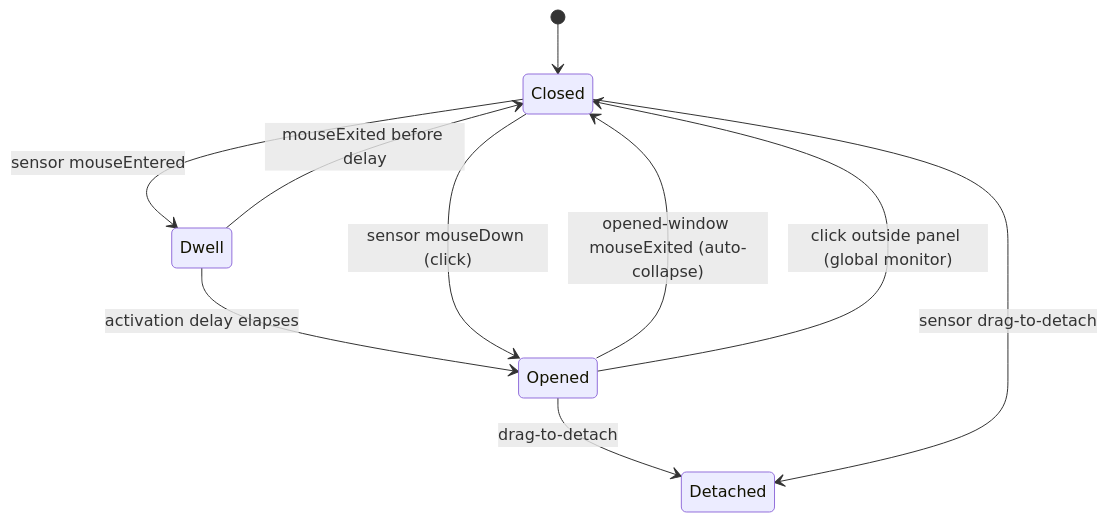
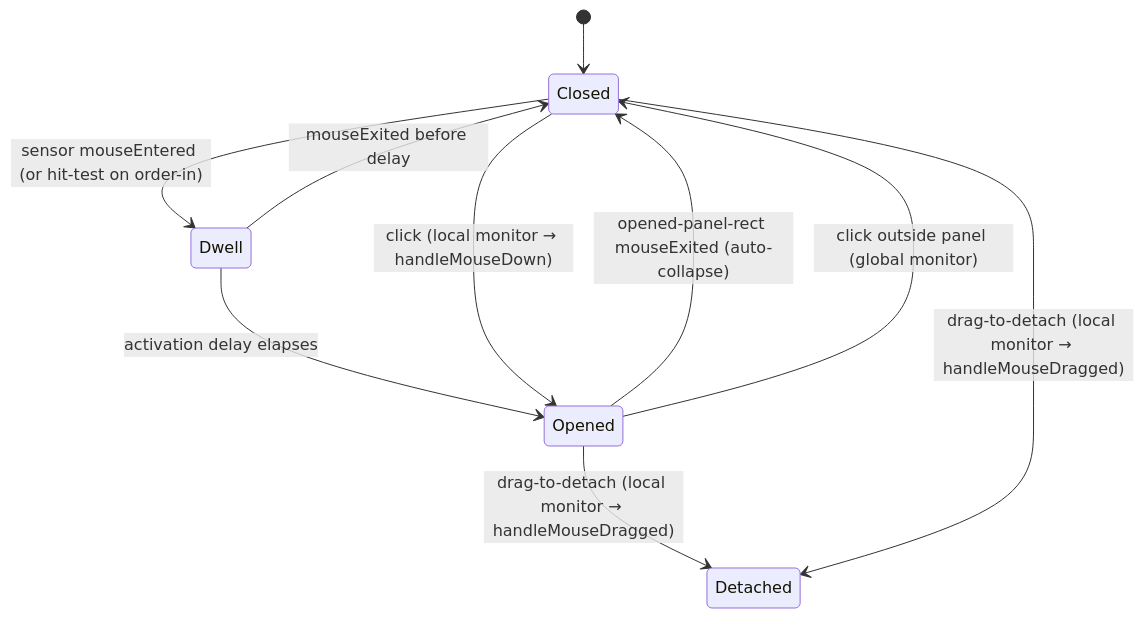
The second of 2 diagrams in docs/superpowers/specs/2026-07-03-notch-hover-sensor-design.md (hua86430/ping-island), drawn with Mermaid before and after one commit. The commit also changed other lines of this file, not shown here.

Commit message:
docs: revise hover-sensor design per Fable 5 review (hover-only, panel-rect close)

````diff
--- a/docs/superpowers/specs/2026-07-03-notch-hover-sensor-design.md
+++ b/docs/superpowers/specs/2026-07-03-notch-hover-sensor-design.md
@@ -82,12 +94,12 @@
 ```mermaid
 stateDiagram-v2
     [*] --> Closed
-    Closed --> Dwell: sensor mouseEntered
+    Closed --> Dwell: sensor mouseEntered (or hit-test on order-in)
     Dwell --> Closed: mouseExited before delay
     Dwell --> Opened: activation delay elapses
-    Closed --> Opened: sensor mouseDown (click)
-    Opened --> Closed: opened-window mouseExited (auto-collapse)
+    Closed --> Opened: click (local monitor → handleMouseDown)
+    Opened --> Closed: opened-panel-rect mouseExited (auto-collapse)
     Opened --> Closed: click outside panel (global monitor)
-    Opened --> Detached: drag-to-detach
-    Closed --> Detached: sensor drag-to-detach
+    Opened --> Detached: drag-to-detach (local monitor → handleMouseDragged)
+    Closed --> Detached: drag-to-detach (local monitor → handleMouseDragged)
 ```
````
